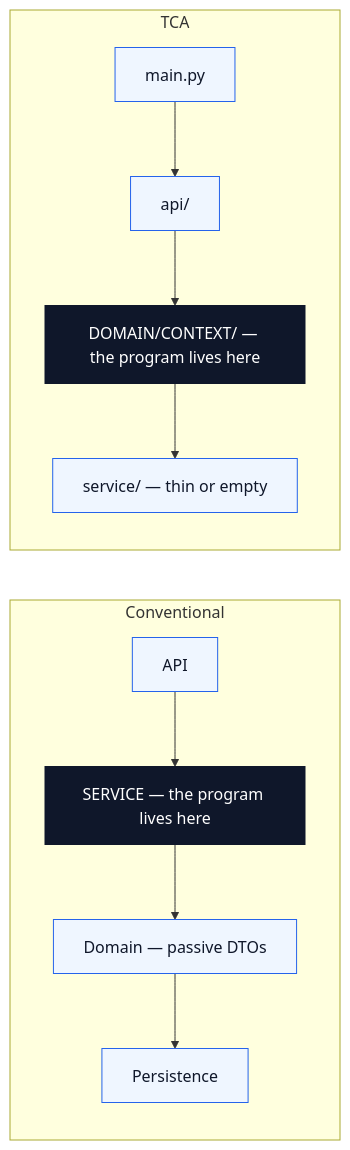
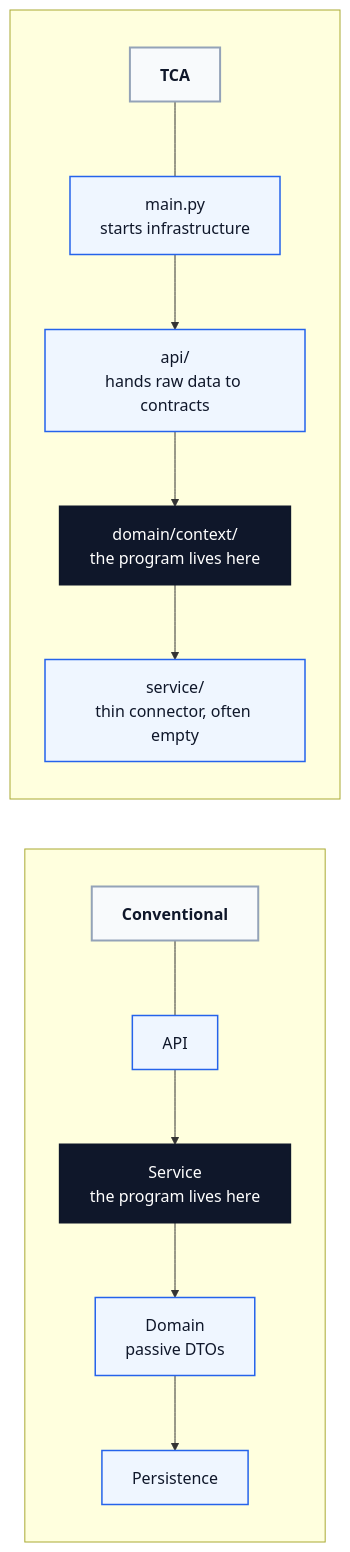
The first of 3 diagrams in README.md (kylejtobin/tca), drawn with Mermaid before and after one commit. The commit also changed other lines of this file, not shown here.

````diff
--- a/README.md
+++ b/README.md
@@ -31,22 +22,30 @@
 ```mermaid
 flowchart LR
-    subgraph conv["Conventional"]
+    subgraph conv[" "]
         direction TB
-        cAPI["API"] --> cService["SERVICE — the program lives here"]
-        cService --> cDomain["Domain — passive DTOs"]
-        cDomain --> cPersist["Persistence"]
+        cHead["Conventional"]
+        cAPI["API"]
+        cService["Service<br/>the program lives here"]
+        cDomain["Domain<br/>passive DTOs"]
+        cPersist["Persistence"]
+        cHead --- cAPI --> cService --> cDomain --> cPersist
     end
 
-    subgraph tca["TCA"]
+    subgraph tca[" "]
         direction TB
-        tInfra["main.py"] --> tAPI["api/"]
-        tAPI --> tDomain["DOMAIN/CONTEXT/ — the program lives here"]
-        tDomain --> tService["service/ — thin or empty"]
+        tHead["TCA"]
+        tInfra["main.py<br/>starts infrastructure"]
+        tAPI["api/<br/>hands raw data to contracts"]
+        tDomain["domain/context/<br/>the program lives here"]
+        tService["service/<br/>thin connector, often empty"]
+        tHead --- tInfra --> tAPI --> tDomain --> tService
     end
 
-    classDef heavy fill:#0f172a,color:#ffffff,stroke:#0f172a
-    classDef light fill:#eff6ff,color:#0f172a,stroke:#2563eb
+    classDef heavy fill:#0f172a,color:#ffffff,stroke:#0f172a,stroke-width:2px
+    classDef light fill:#eff6ff,color:#0f172a,stroke:#2563eb,stroke-width:1.5px
+    classDef header fill:#f8fafc,color:#0f172a,stroke:#94a3b8,stroke-width:2px,font-weight:bold
 
+    class cHead,tHead header
     class cService,tDomain heavy
     class cAPI,cDomain,cPersist,tInfra,tAPI,tService light
 ```
````
